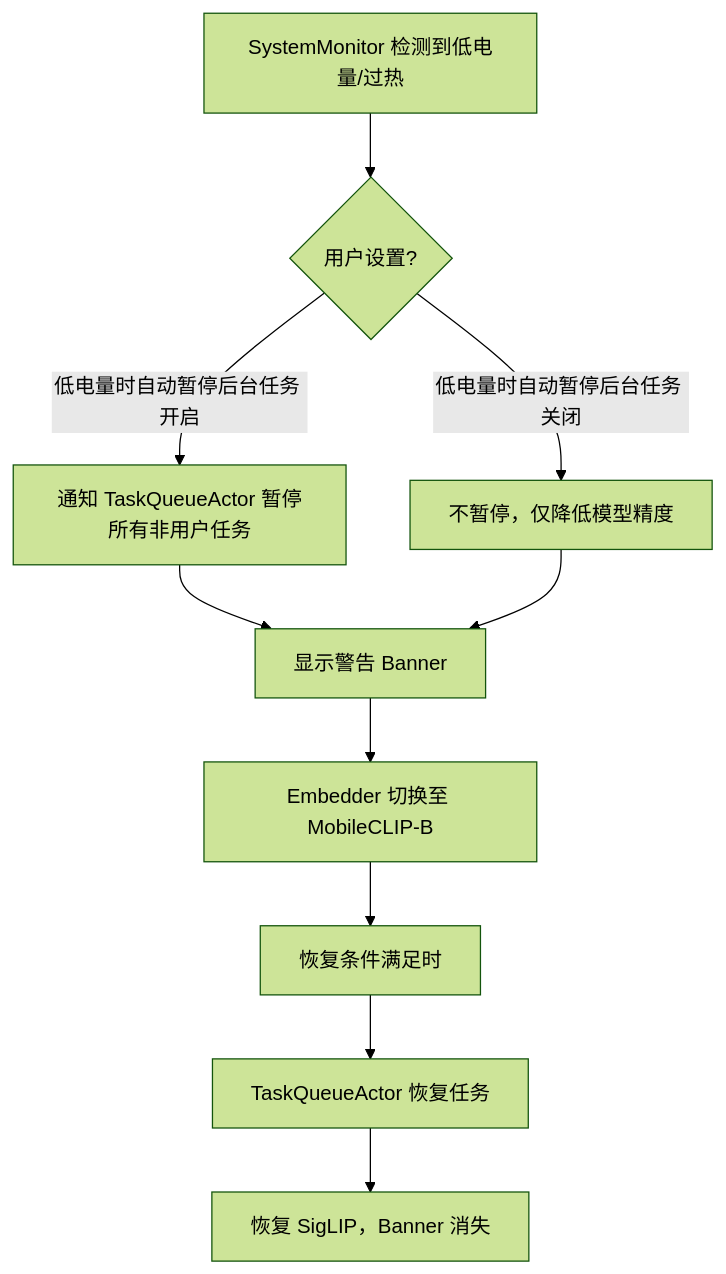
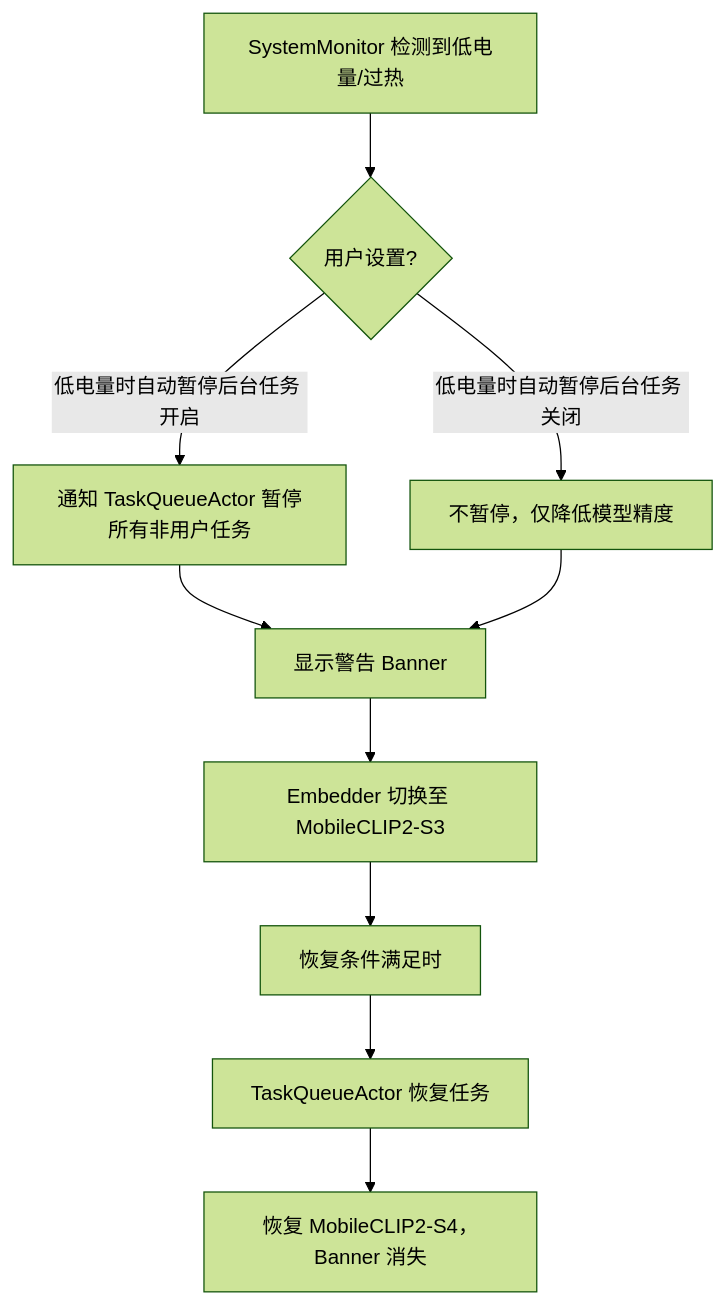
Before and after one commit to logan-suu/Echo: diagram 12 of 12 in docs/02-architecture/数据流全链路技术说明文档.md, drawn with Mermaid (forest theme). The commit also changed other lines of this file and 11 other files, not shown here.

````diff
--- a/docs/02-architecture/数据流全链路技术说明文档.md
+++ b/docs/02-architecture/数据流全链路技术说明文档.md
@@ -452,12 +452,12 @@
 ```mermaid
 flowchart TD
     A[SystemMonitor 检测到低电量/过热] --> B{用户设置?}
     B -->|低电量时自动暂停后台任务 开启| C[通知 TaskQueueActor 暂停所有非用户任务]
     B -->|低电量时自动暂停后台任务 关闭| D[不暂停，仅降低模型精度]
     C --> E[显示警告 Banner]
     D --> E
-    E --> F[Embedder 切换至 MobileCLIP-B]
+    E --> F[Embedder 切换至 MobileCLIP2-S3]
     F --> G[恢复条件满足时]
     G --> H[TaskQueueActor 恢复任务]
-    H --> I[恢复 SigLIP，Banner 消失]
+    H --> I[恢复 MobileCLIP2-S4，Banner 消失]
 ```
````
